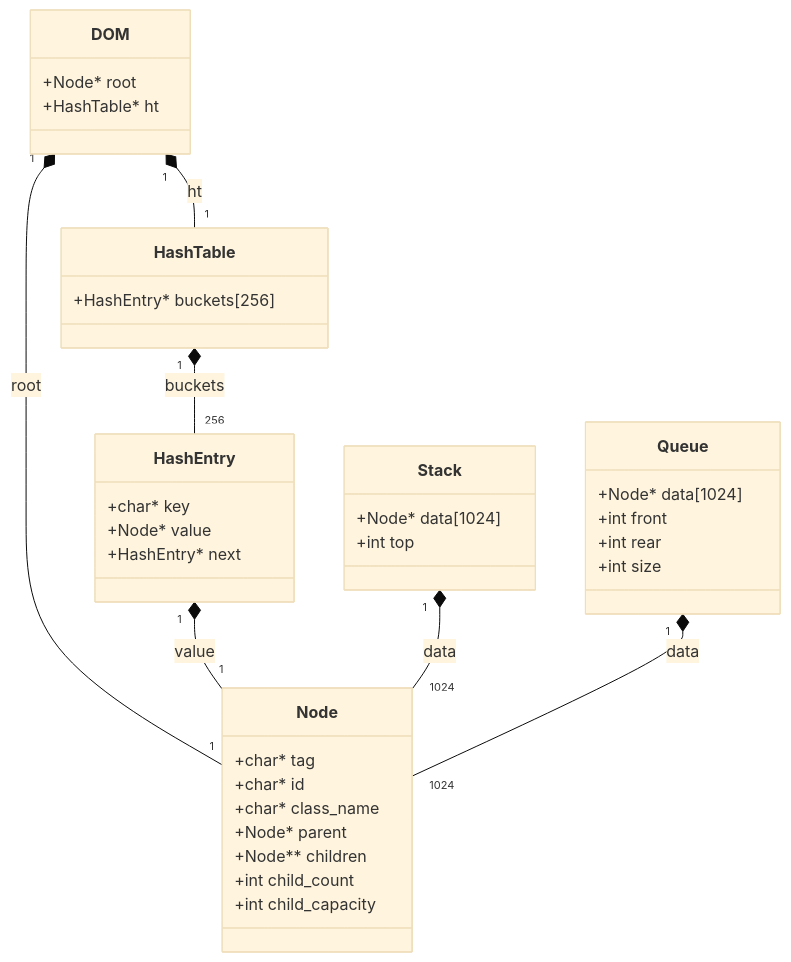
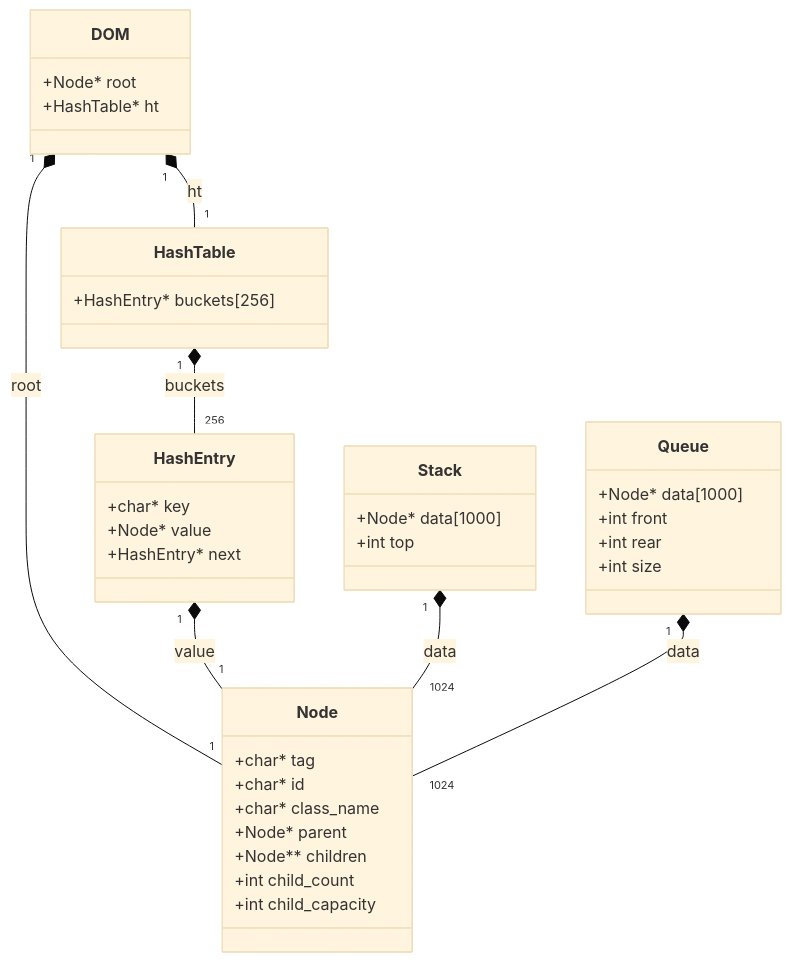
One commit to BerkanKayrakoglu/VeriYapilari_DOM_Tree changed the second of 2 diagrams in RAPOR.md. Above: the diagram before and after it, drawn with Mermaid (base theme). The commit also changed 11 other files, not shown here.

````diff
--- a/RAPOR.md
+++ b/RAPOR.md
@@ -25,46 +25,46 @@
 ```mermaid
 classDiagram
     class Node {
         +char* tag
         +char* id
         +char* class_name
         +Node* parent
         +Node** children
         +int child_count
         +int child_capacity
     }
 
     class DOM {
         +Node* root
         +HashTable* ht
     }
 
     class HashTable {
         +HashEntry* buckets[256]
     }
 
     class HashEntry {
         +char* key
         +Node* value
         +HashEntry* next
     }
 
     class Stack {
-        +Node* data[1024]
+        +Node* data[1000]
         +int top
     }
 
     class Queue {
-        +Node* data[1024]
+        +Node* data[1000]
         +int front
         +int rear
         +int size
     }
 
     DOM "1" *-- "1" Node : root
     DOM "1" *-- "1" HashTable : ht
     HashTable "1" *-- "256" HashEntry : buckets
     HashEntry "1" *-- "1" Node : value
     Stack "1" *-- "1024" Node : data
     Queue "1" *-- "1024" Node : data
 ```
````
